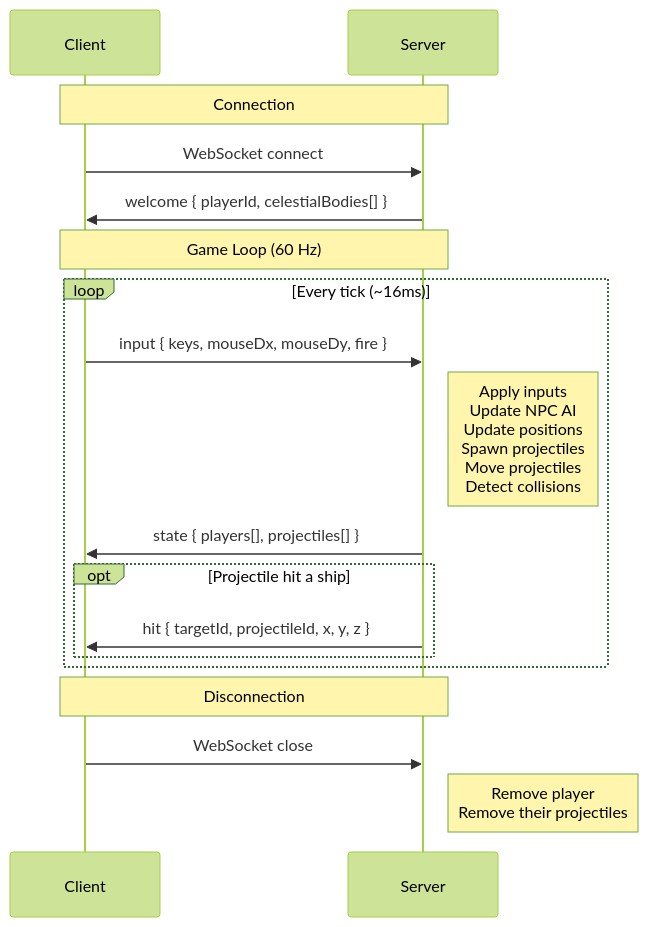
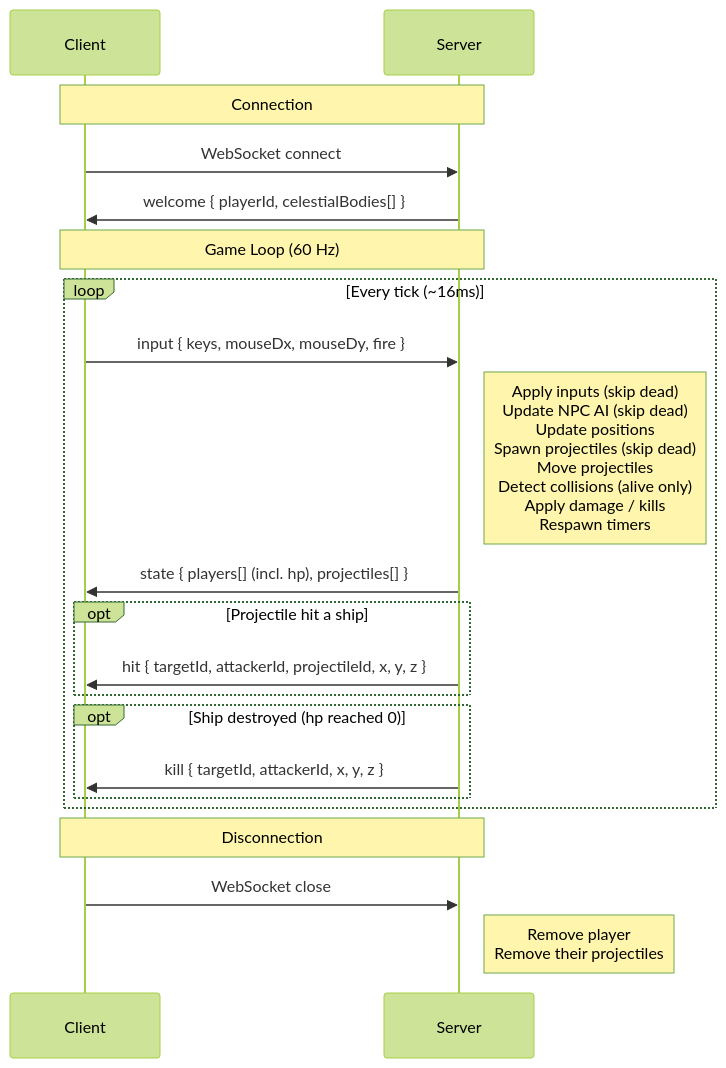
Before and after one commit to cscazorla/x-drift: the diagram in README.md, drawn with Mermaid (forest theme). The commit also changed other lines of this file and 9 other files, not shown here.

Commit message:
Add health system (4 HP), death explosions, kill feed, and 5s respawn for players and NPCs

````diff
--- a/README.md
+++ b/README.md
@@ -76,23 +77,26 @@
 ```mermaid
 sequenceDiagram
     participant C as Client
     participant S as Server
 
     Note over C,S: Connection
     C->>S: WebSocket connect
     S->>C: welcome { playerId, celestialBodies[] }
 
     Note over C,S: Game Loop (60 Hz)
     loop Every tick (~16ms)
         C->>S: input { keys, mouseDx, mouseDy, fire }
-        Note right of S: Apply inputs<br/>Update NPC AI<br/>Update positions<br/>Spawn projectiles<br/>Move projectiles<br/>Detect collisions
-        S->>C: state { players[], projectiles[] }
+        Note right of S: Apply inputs (skip dead)<br/>Update NPC AI (skip dead)<br/>Update positions<br/>Spawn projectiles (skip dead)<br/>Move projectiles<br/>Detect collisions (alive only)<br/>Apply damage / kills<br/>Respawn timers
+        S->>C: state { players[] (incl. hp), projectiles[] }
         opt Projectile hit a ship
-            S->>C: hit { targetId, projectileId, x, y, z }
+            S->>C: hit { targetId, attackerId, projectileId, x, y, z }
+        end
+        opt Ship destroyed (hp reached 0)
+            S->>C: kill { targetId, attackerId, x, y, z }
         end
     end
 
     Note over C,S: Disconnection
     C->>S: WebSocket close
     Note right of S: Remove player<br/>Remove their projectiles
 ```
````
